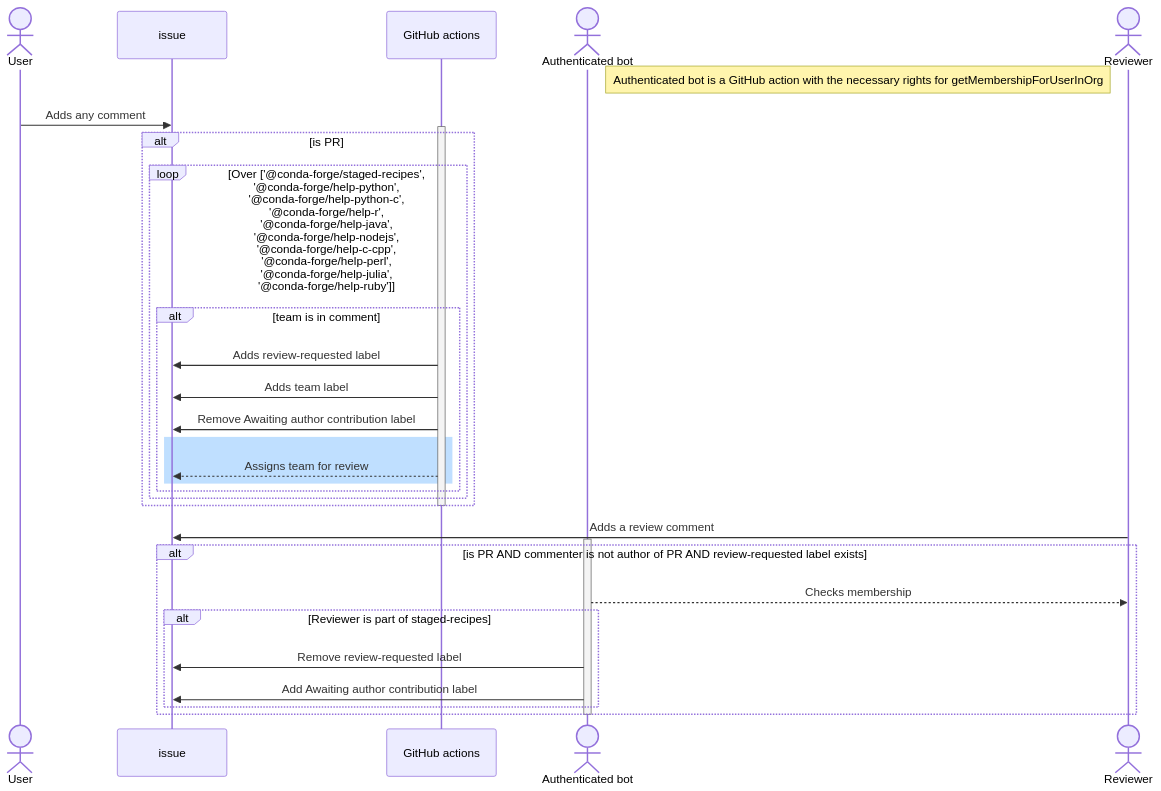
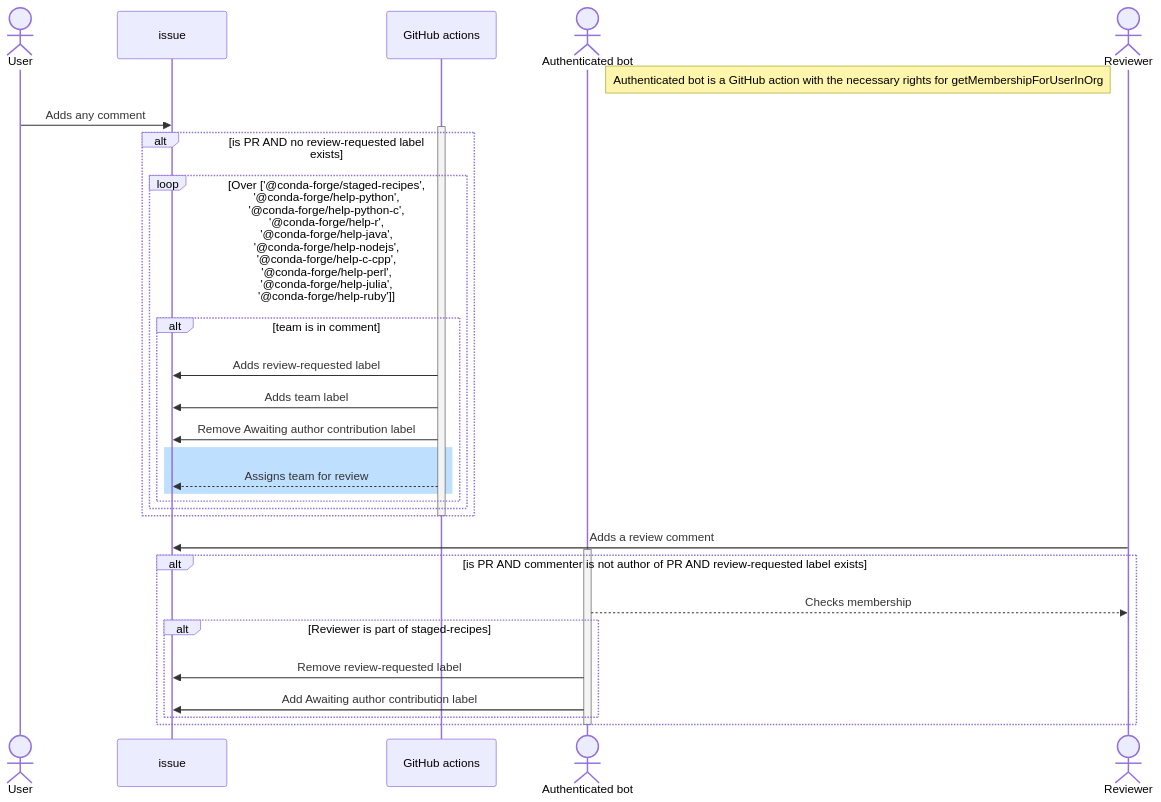
The first of 2 diagrams in README.md (carterbox/test-labeler), drawn with Mermaid before and after one commit. The commit also changed other lines of this file, not shown here.

````diff
--- a/README.md
+++ b/README.md
@@ -7,34 +7,34 @@
 ```mermaid
 sequenceDiagram
     actor User
     participant issue
     participant GitHub actions
     actor Authenticated bot
     actor Reviewer
     Note right of Authenticated bot: Authenticated bot is a GitHub action with the necessary rights for getMembershipForUserInOrg
     User->>issue: Adds any comment
     activate GitHub actions
-    alt is PR
+    alt is PR AND no review-requested label exists
         loop Over ['@conda-forge/staged-recipes', '@conda-forge/help-python', '@conda-forge/help-python-c', '@conda-forge/help-r', '@conda-forge/help-java', '@conda-forge/help-nodejs', '@conda-forge/help-c-cpp', '@conda-forge/help-perl', '@conda-forge/help-julia', '@conda-forge/help-ruby']
             alt team is in comment
                 GitHub actions->>issue: Adds review-requested label
                 GitHub actions->>issue: Adds team label
                 GitHub actions->>issue: Remove Awaiting author contribution label
                 rect rgb(191, 223, 255)
                     GitHub actions-->>issue: Assigns team for review
                 end
             end
         end
     end
     deactivate GitHub actions
     Reviewer->>issue: Adds a review comment
     activate Authenticated bot
     alt is PR AND commenter is not author of PR AND review-requested label exists
         Authenticated bot-->>Reviewer: Checks membership
         alt Reviewer is part of staged-recipes
             Authenticated bot->>issue: Remove review-requested label
             Authenticated bot->>issue: Add Awaiting author contribution label
         end
     end
     deactivate Authenticated bot
 ```
````
